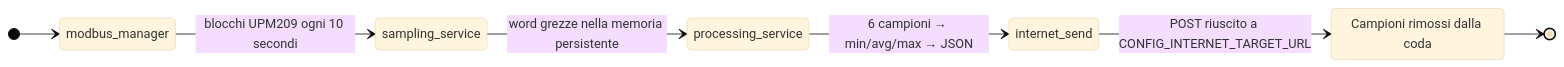
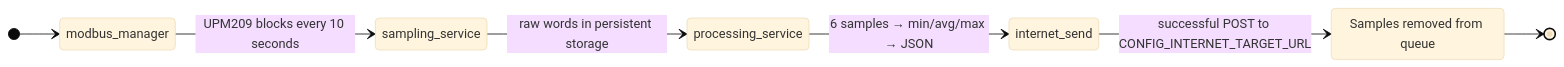
One commit to YounesRabeh/upm209-esp-extension changed the diagram in README.md. Above: the diagram before and after it, drawn with Mermaid (base theme). The commit also changed other lines of this file and 1 other file, not shown here.

````diff
--- a/README.md
+++ b/README.md
@@ -38,17 +40,17 @@
 ```mermaid
 stateDiagram-v2
     direction LR
 
     state "modbus_manager" as ModbusManager
     state "sampling_service" as SamplingService
     state "processing_service" as ProcessingService
     state "internet_send" as InternetSend
-    state "Campioni rimossi dalla coda" as Cleanup
+    state "Samples removed from queue" as Cleanup
 
     [*] --> ModbusManager
-    ModbusManager --> SamplingService: blocchi UPM209 ogni 10 secondi
-    SamplingService --> ProcessingService: word grezze nella memoria persistente
-    ProcessingService --> InternetSend: 6 campioni → min/avg/max → JSON
-    InternetSend --> Cleanup: POST riuscito a CONFIG_INTERNET_TARGET_URL
+    ModbusManager --> SamplingService: UPM209 blocks every 10 seconds
+    SamplingService --> ProcessingService: raw words in persistent storage
+    ProcessingService --> InternetSend: 6 samples → min/avg/max → JSON
+    InternetSend --> Cleanup: successful POST to CONFIG_INTERNET_TARGET_URL
     Cleanup --> [*]
 ```
````
